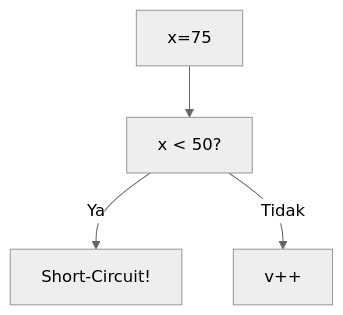
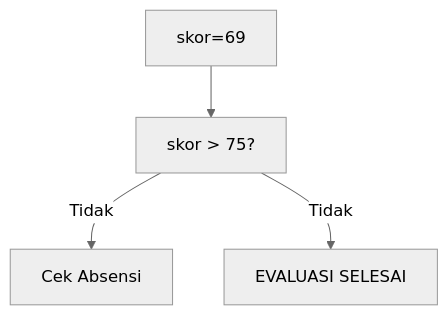
Before and after one commit to amnahwaida/OSNK_INF_PREP: diagram 13 of 25 in part-c-pemahaman-cpp/02-percabangan/latihan/set-03.md, drawn with Mermaid (neutral theme). The commit also changed other lines of this file and 71 other files, not shown here.

````diff
--- a/part-c-pemahaman-cpp/02-percabangan/latihan/set-03.md
+++ b/part-c-pemahaman-cpp/02-percabangan/latihan/set-03.md
@@ -359,6 +377,6 @@
 ```mermaid
 graph TD
-A["x=75"] --> B["x < 50?"]
-B -- Ya --> C["Short-Circuit!"]
-B -- Tidak --> D["v++"]
+A["skor=69"] --> B["skor > 75?"]
+B -- Tidak --> C["Cek Absensi"]
+B -- Tidak --> D["EVALUASI SELESAI"]
 ```
````
